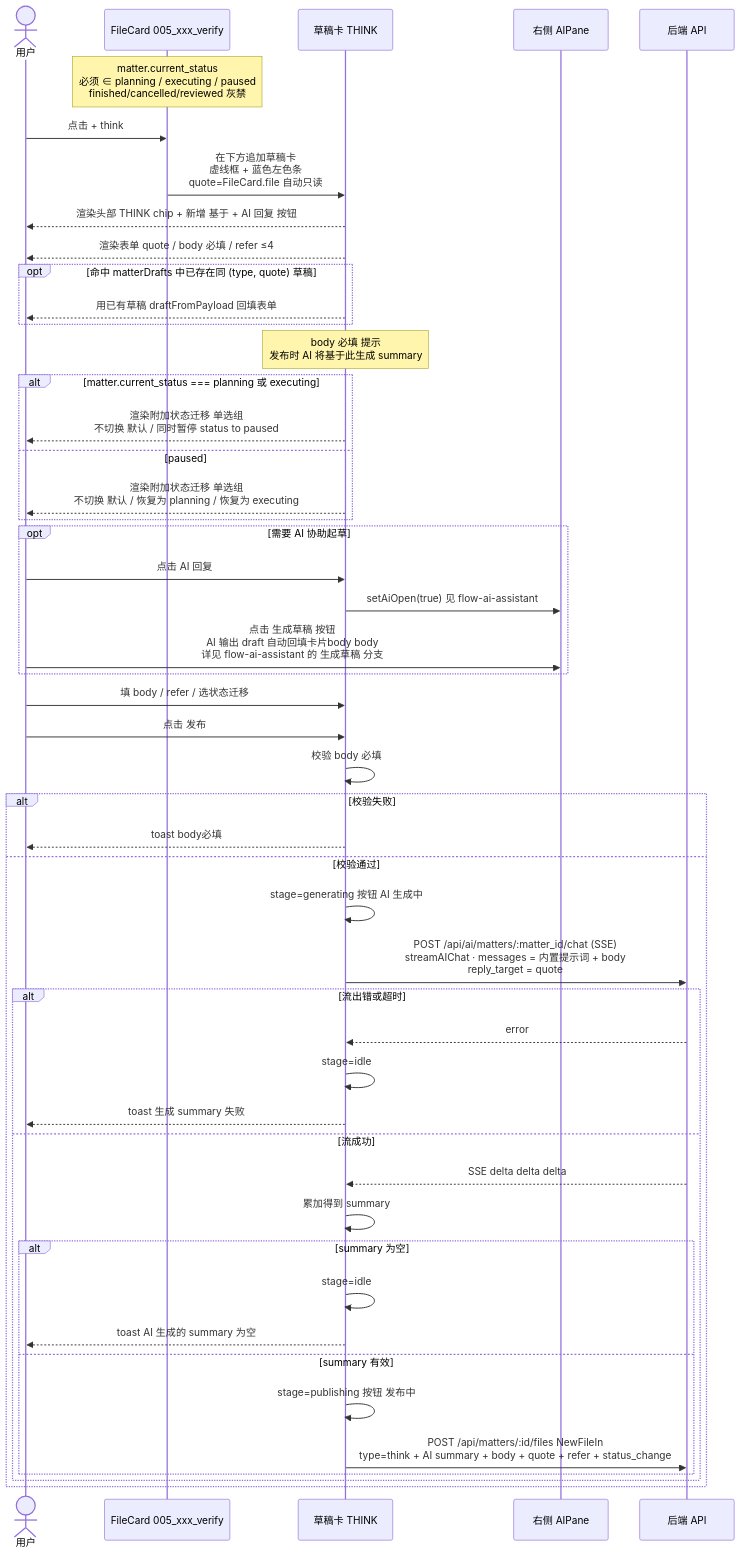
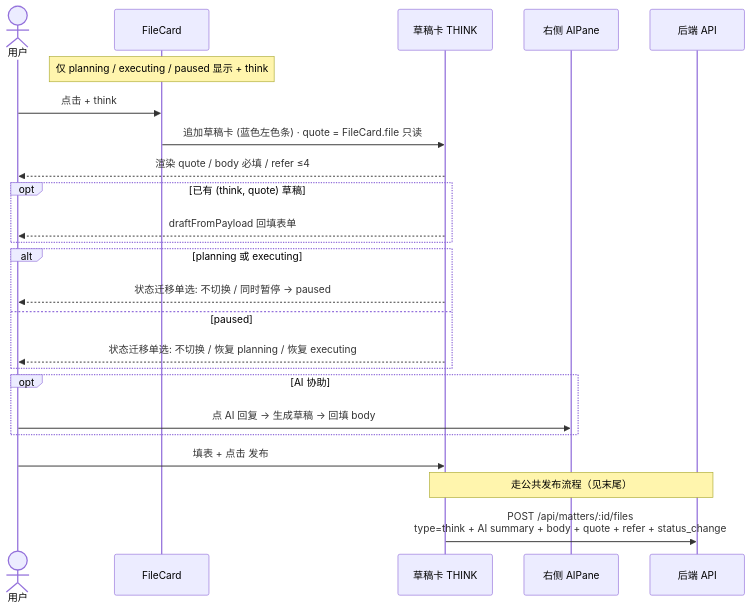
Before and after one commit to Tjk666Tjk6660/team-pivot-web: the first of 6 diagrams in AI-docs/workflow-interaction/flow-cards-all.md, drawn with Mermaid. The commit also changed other lines of this file and 2 other files, not shown here.

Commit message:
docs(matter): add workflow-interaction sequence diagram

````diff
--- a/AI-docs/workflow-interaction/flow-cards-all.md
+++ b/AI-docs/workflow-interaction/flow-cards-all.md
@@ -5,59 +13,32 @@
 ```mermaid
 sequenceDiagram
   actor U as 用户
-  participant FC as FileCard 005_xxx_verify
+  participant FC as FileCard
   participant DC as 草稿卡 THINK
   participant AP as 右侧 AIPane
   participant API as 后端 API
 
-  Note over FC: matter.current_status<br/>必须 ∈ planning / executing / paused<br/>finished/cancelled/reviewed 灰禁
+  Note over FC: 仅 planning / executing / paused 显示 + think
 
   U->>FC: 点击 + think
-  FC->>DC: 在下方追加草稿卡<br/>虚线框 + 蓝色左色条<br/>quote=FileCard.file 自动只读
-  DC-->>U: 渲染头部 THINK chip + 新增 基于 + AI 回复 按钮
-  DC-->>U: 渲染表单 quote / body 必填 / refer ≤4
-  opt 命中 matterDrafts 中已存在同 (type, quote) 草稿
-    DC-->>U: 用已有草稿 draftFromPayload 回填表单
-  end
-  Note over DC: body 必填 提示<br/>发布时 AI 将基于此生成 summary
+  FC->>DC: 追加草稿卡 (蓝色左色条) · quote = FileCard.file 只读
+  DC-->>U: 渲染 quote / body 必填 / refer ≤4
 
-  alt matter.current_status === planning 或 executing
-    DC-->>U: 渲染附加状态迁移 单选组<br/>不切换 默认 / 同时暂停 status to paused
-  else paused
-    DC-->>U: 渲染附加状态迁移 单选组<br/>不切换 默认 / 恢复为 planning / 恢复为 executing
+  opt 已有 (think, quote) 草稿
+    DC-->>U: draftFromPayload 回填表单
   end
 
-  opt 需要 AI 协助起草
-    U->>DC: 点击 AI 回复
-    DC->>AP: setAiOpen(true) 见 flow-ai-assistant
-    U->>AP: 点击 生成草稿 按钮<br/>AI 输出 draft 自动回填卡片body body<br/>详见 flow-ai-assistant 的 生成草稿 分支
+  alt planning 或 executing
+    DC-->>U: 状态迁移单选: 不切换 / 同时暂停 → paused
+  else paused
+    DC-->>U: 状态迁移单选: 不切换 / 恢复 planning / 恢复 executing
   end
 
-  U->>DC: 填 body / refer / 选状态迁移
-  U->>DC: 点击 发布
+  opt AI 协助
+    U->>AP: 点 AI 回复 → 生成草稿 → 回填 body
+  end
 
-  DC->>DC: 校验 body 必填
-  alt 校验失败
-    DC-->>U: toast body必填
-  else 校验通过
-    DC->>DC: stage=generating 按钮 AI 生成中
-
-    DC->>API: POST /api/ai/matters/:matter_id/chat (SSE)<br/>streamAIChat · messages = 内置提示词 + body<br/>reply_target = quote
-    alt 流出错或超时
-      API-->>DC: error
-      DC->>DC: stage=idle
-      DC-->>U: toast 生成 summary 失败
-    else 流成功
-      API-->>DC: SSE delta delta delta
-      DC->>DC: 累加得到 summary
-
-      alt summary 为空
-        DC->>DC: stage=idle
-        DC-->>U: toast AI 生成的 summary 为空
-      else summary 有效
-        DC->>DC: stage=publishing 按钮 发布中
-        DC->>API: POST /api/matters/:id/files NewFileIn<br/>type=think + AI summary + body + quote + refer + status_change
-      end
-    end
-  end
+  U->>DC: 填表 + 点击 发布
+  Note over DC,API: 走公共发布流程（见末尾）
+  DC->>API: POST /api/matters/:id/files<br/>type=think + AI summary + body + quote + refer + status_change
 ```
````
